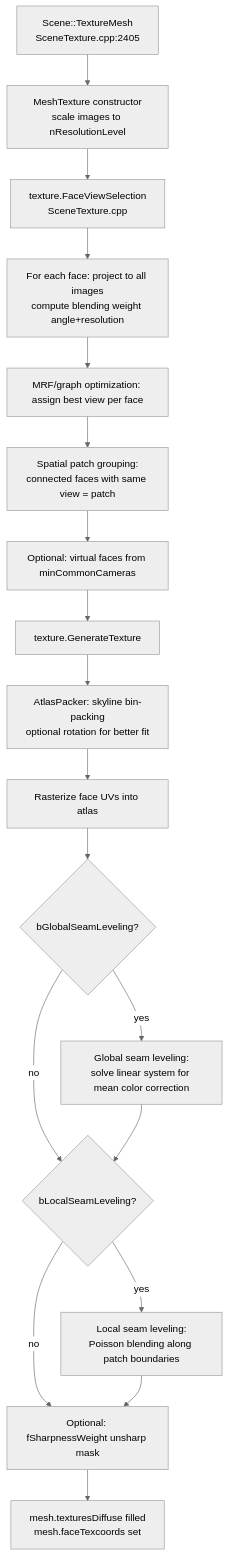
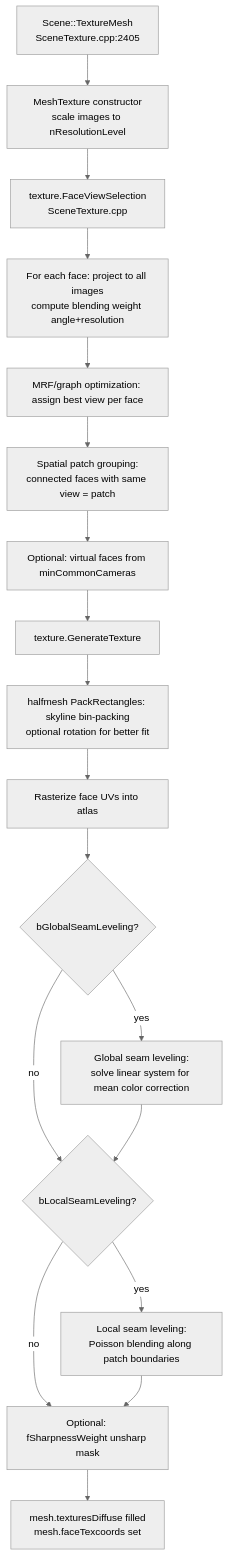
One commit to cdcseacave/openMVS changed the ninth of 10 diagrams in docs/pipeline-traces.md. Above: the diagram before and after it, drawn with Mermaid (neutral theme). The commit also changed other lines of this file and 39 other files, not shown here.

Commit message:
mesh: move generic mesh processing, atlas packing and the glTF codec onto halfmesh (#1297)

````diff
--- a/docs/pipeline-traces.md
+++ b/docs/pipeline-traces.md
@@ -637,20 +637,20 @@
 ```mermaid
 graph TD
     A[Scene::TextureMesh<br/>SceneTexture.cpp:2405] --> B[MeshTexture constructor<br/>scale images to nResolutionLevel]
     B --> C[texture.FaceViewSelection<br/>SceneTexture.cpp]
     C --> C1[For each face: project to all images<br/>compute blending weight angle+resolution]
     C1 --> C2[MRF/graph optimization: assign best view per face]
     C2 --> C3[Spatial patch grouping:<br/>connected faces with same view = patch]
     C3 --> C4[Optional: virtual faces from minCommonCameras]
     C4 --> D[texture.GenerateTexture]
-    D --> D1[AtlasPacker: skyline bin-packing<br/>optional rotation for better fit]
+    D --> D1[halfmesh PackRectangles: skyline bin-packing<br/>optional rotation for better fit]
     D1 --> D2[Rasterize face UVs into atlas]
     D2 --> D3{bGlobalSeamLeveling?}
     D3 -->|yes| D4[Global seam leveling:<br/>solve linear system for mean color correction]
     D3 -->|no| D5
     D4 --> D5{bLocalSeamLeveling?}
     D5 -->|yes| D6[Local seam leveling:<br/>Poisson blending along patch boundaries]
     D5 -->|no| D7
     D6 --> D7[Optional: fSharpnessWeight unsharp mask]
     D7 --> D8[mesh.texturesDiffuse filled<br/>mesh.faceTexcoords set]
 ```
````
